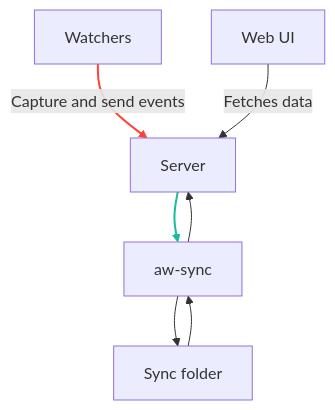
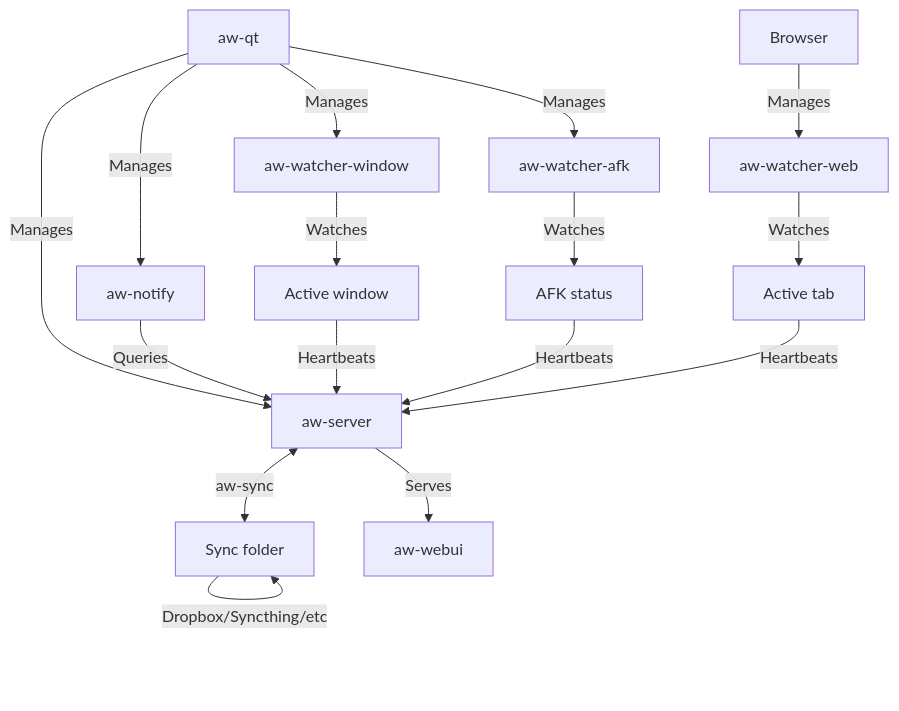
The diagram in README.md (ActivityWatch/activitywatch), drawn with Mermaid before and after one commit. The commit also changed other lines of this file, not shown here.

Commit message:
docs: improvements to WIP mermaid diagram

````diff
--- a/README.md
+++ b/README.md
@@ -184,19 +184,27 @@
 ```mermaid
 graph TD;
-   W[Watchers] -- Capture and send events --> S[Server];
-   S --> aw-sync --> SF[Sync folder];
-   SF --> aw-sync --> S;
-   UI[Web UI] -- Fetches data --> S;
+   aw-qt -- Manages --> S;
+   aw-qt -- Manages --> aw-notify -- Queries --> S;
+   aw-qt -- Manages --> W1[aw-watcher-window] -- Watches --> S1[Active window] -- Heartbeats --> S[aw-server];
+   aw-qt -- Manages --> W2[aw-watcher-afk] -- Watches --> S2[AFK status] -- Heartbeats --> S[aw-server];
+   Browser -- Manages --> aw-watcher-web -- Watches --> S3[Active tab] -- Heartbeats --> S;
+   SF -- Dropbox/Syncthing/etc --> SF;
+   S <-- aw-sync --> SF[Sync folder];
+   S -- Serves --> UI[aw-webui];
+
+   %% User -- Interacts --> UI;
+   %% User -- Observes --> aw-notify;
+   %% User -- Interacts --> aw-qt;
 
 classDef lightMode fill:#FFFFFF, stroke:#333333, color:#333333;
 classDef darkMode fill:#333333, stroke:#FFFFFF, color:#FFFFFF;
 
 classDef lightModeLinks stroke:#333333;
 classDef darkModeLinks stroke:#FFFFFF;
 
 class A,B,C,D,E,G lightMode;
 class A,B,C,D,E,G darkMode;
 
-linkStyle 0 stroke:#FF4136, stroke-width:2px;
-linkStyle 1 stroke:#1ABC9C, stroke-width:2px;
+%% linkStyle 0 stroke:#FF4136, stroke-width:2px;
+%% linkStyle 1 stroke:#1ABC9C, stroke-width:2px;
 ```
````
